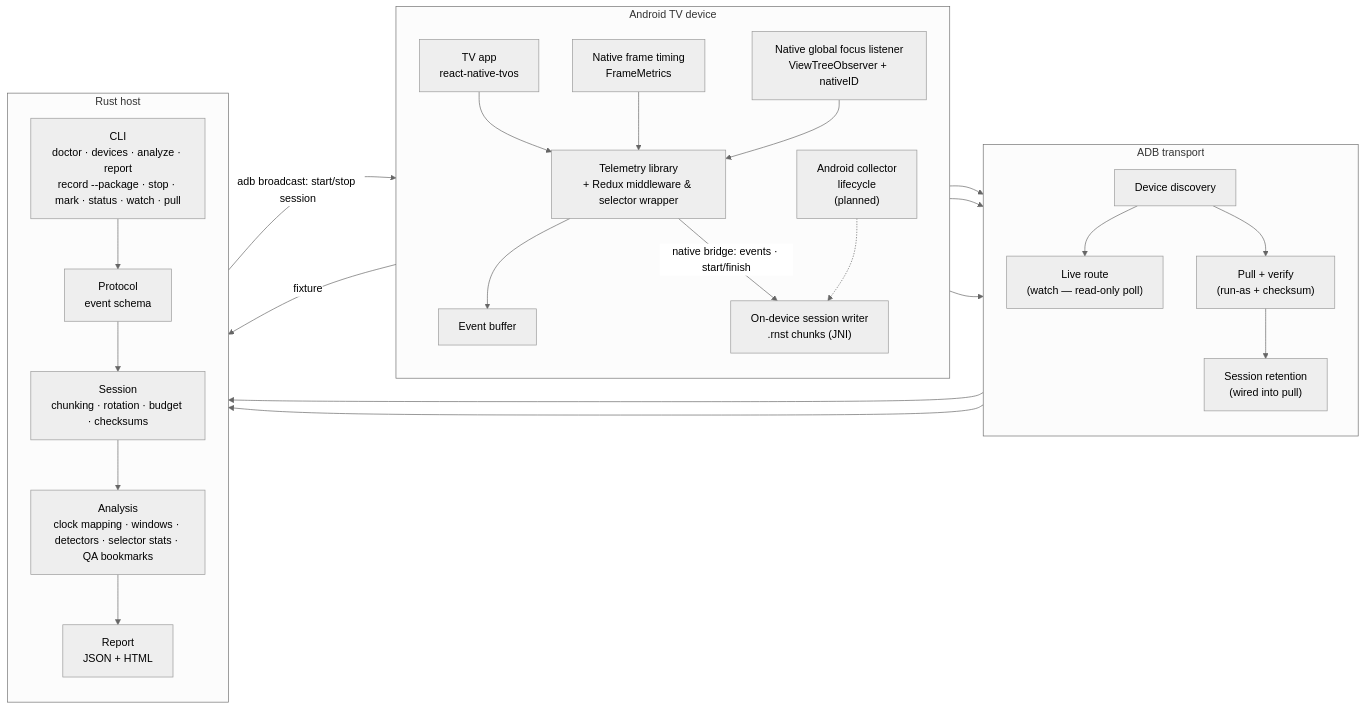
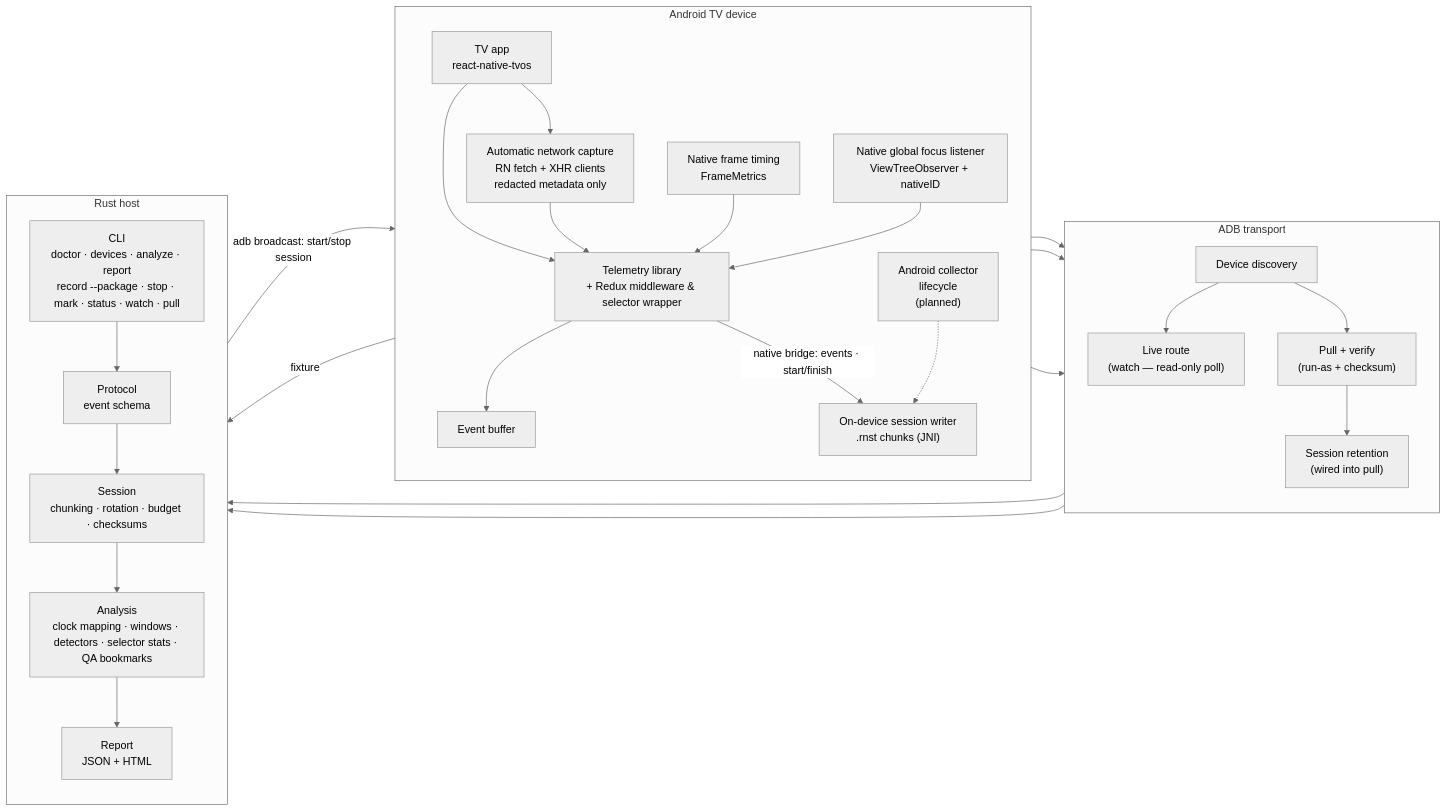
The diagram in diagrams/architecture.mmd (undrafted/rn-android-tv-session-telemetry), drawn with Mermaid before and after one commit. The commit also changed 16 other files, not shown here.

Commit message:
Add automatic network capture at telemetry startup

```diff
--- a/diagrams/architecture.mmd
+++ b/diagrams/architecture.mmd
@@ -1,47 +1,49 @@
 %%{init: {"theme": "neutral"}}%%
 flowchart LR
     subgraph Device["Android TV device"]
         direction TB
         App["TV app<br/>react-native-tvos"]
         Lib["Telemetry library<br/>+ Redux middleware & selector wrapper"]
+        Network["Automatic network capture<br/>RN fetch + XHR clients<br/>redacted metadata only"]
         Buffer["Event buffer"]
         FrameTiming["Native frame timing<br/>FrameMetrics"]
         GlobalFocus["Native global focus listener<br/>ViewTreeObserver + nativeID"]
         Collector["Android collector<br/>lifecycle<br/>(planned)"]
         Writer["On-device session writer<br/>.rnst chunks (JNI)"]
         App --> Lib
+        App --> Network --> Lib
         FrameTiming --> Lib
         GlobalFocus --> Lib
         Lib --> Buffer
         Lib -->|native bridge: events · start/finish| Writer
         Collector -.-> Writer
     end
 
     subgraph Transport["ADB transport"]
         direction TB
         Discover["Device discovery"]
         LiveRoute["Live route<br/>(watch — read-only poll)"]
         Pull["Pull + verify<br/>(run-as + checksum)"]
         Retain["Session retention<br/>(wired into pull)"]
         Discover --> LiveRoute
         Discover --> Pull
         Pull --> Retain
     end
 
     subgraph Host["Rust host"]
         direction TB
         CLI["CLI<br/>doctor · devices · analyze · report<br/>record --package · stop · mark · status · watch · pull"]
         Protocol["Protocol<br/>event schema"]
         SessionCrate["Session<br/>chunking · rotation · budget · checksums"]
         Analysis["Analysis<br/>clock mapping · windows · detectors · selector stats · QA bookmarks"]
         Report["Report<br/>JSON + HTML"]
         CLI --> Protocol --> SessionCrate --> Analysis --> Report
     end
 
     App --> Discover
     Writer --> Pull
     Writer --> LiveRoute
     Pull --> CLI
     LiveRoute --> CLI
     Buffer -->|fixture| CLI
     CLI -->|adb broadcast: start/stop session| Writer
```
